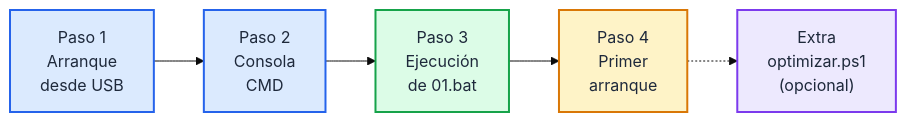
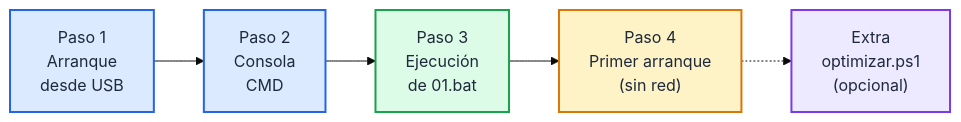
Before and after one commit to DUVAN04/windows-image-deployment: the diagram in docs/README-03.md, drawn with Mermaid (base theme). The commit also changed other lines of this file and 1 other file, not shown here.

````diff
--- a/docs/README-03.md
+++ b/docs/README-03.md
@@ -17,17 +3,17 @@
 ```mermaid
 flowchart LR
     A["Paso 1<br/>Arranque<br/>desde USB"] --> B["Paso 2<br/>Consola<br/>CMD"]
     B --> C["Paso 3<br/>Ejecución<br/>de 01.bat"]
-    C --> D["Paso 4<br/>Primer<br/>arranque"]
+    C --> D["Paso 4<br/>Primer arranque<br/>(sin red)"]
     D -.-> E["Extra<br/>optimizar.ps1<br/>(opcional)"]
 
     classDef f1 fill:#DBEAFE,stroke:#2563EB,stroke-width:2px,color:#1E293B
     classDef f2 fill:#DCFCE7,stroke:#16A34A,stroke-width:2px,color:#1E293B
     classDef f3 fill:#FEF3C7,stroke:#D97706,stroke-width:2px,color:#1E293B
     classDef f4 fill:#EDE9FE,stroke:#7C3AED,stroke-width:2px,color:#1E293B
 
     class A,B f1
     class C f2
     class D f3
     class E f4
 ```
````
